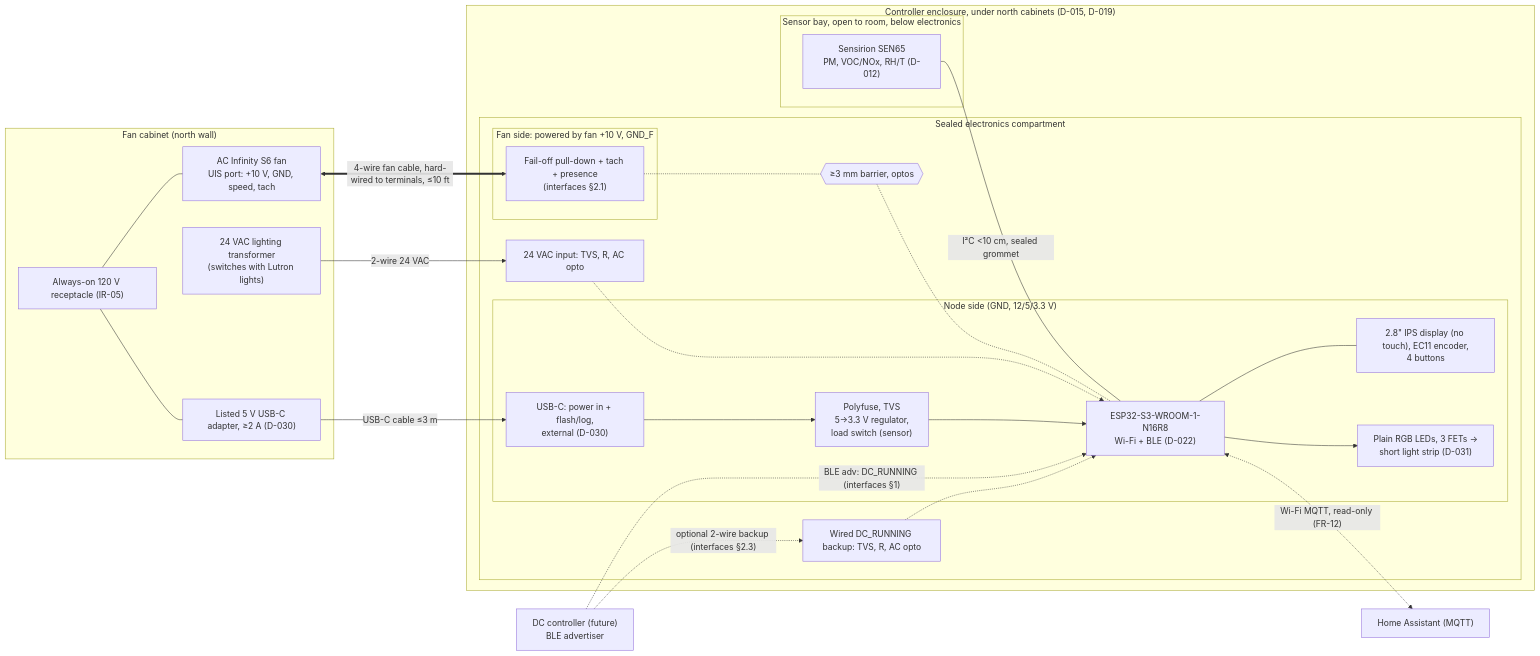
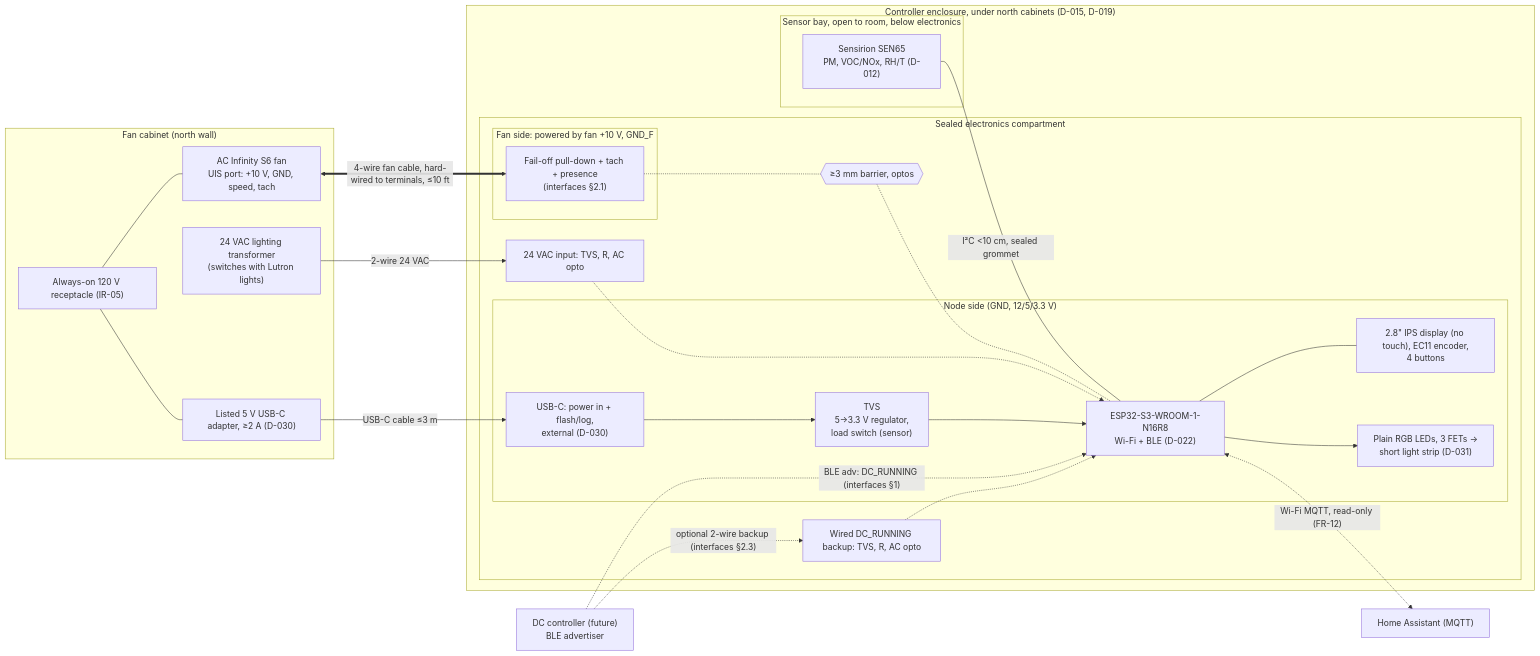
One commit to metcalf/shop-exhaust-control changed the diagram in docs/architecture.md. Above: the diagram before and after it, drawn with Mermaid. The commit also changed 17 other files, not shown here.

````diff
--- a/docs/architecture.md
+++ b/docs/architecture.md
@@ -9,46 +9,46 @@
 ```mermaid
 flowchart LR
   subgraph CAB["Fan cabinet (north wall)"]
     REC["Always-on 120 V receptacle (IR-05)"]
     S6["AC Infinity S6 fan<br/>UIS port: +10 V, GND, speed, tach"]
     XFMR["24 VAC lighting transformer<br/>(switches with Lutron lights)"]
     PSU["Listed 5 V USB-C adapter, ≥2 A (D-030)"]
     REC --- S6
     REC --- PSU
   end
 
   subgraph ENC["Controller enclosure, under north cabinets (D-015, D-019)"]
     subgraph EC["Sealed electronics compartment"]
       subgraph FS["Fan side: powered by fan +10 V, GND_F"]
         FAN_IF["Fail-off pull-down + tach + presence<br/>(interfaces §2.1)"]
       end
       BAR1{{"≥3 mm barrier, optos"}}
       subgraph NODE["Node side (GND, 12/5/3.3 V)"]
         MCU["ESP32-S3-WROOM-1-N16R8<br/>Wi-Fi + BLE (D-022)"]
-        PWR["Polyfuse, TVS<br/>5→3.3 V regulator,<br/>load switch (sensor)"]
+        PWR["TVS<br/>5→3.3 V regulator,<br/>load switch (sensor)"]
         PANEL["2.8&quot; IPS display (no touch), EC11 encoder,<br/>4 buttons"]
         LEDS["Plain RGB LEDs, 3 FETs →<br/>short light strip (D-031)"]
         USB["USB-C: power in + flash/log,<br/>external (D-030)"]
       end
       OCC_IF["24 VAC input: TVS, R, AC opto"]
       DC_IF["Wired DC_RUNNING backup: TVS, R, AC opto"]
     end
     subgraph BAY["Sensor bay, open to room, below electronics"]
       SEN["Sensirion SEN65<br/>PM, VOC/NOx, RH/T (D-012)"]
     end
   end
 
   DC["DC controller (future)<br/>BLE advertiser"]
   HA["Home Assistant (MQTT)"]
 
   S6 <== "4-wire fan cable, hard-wired to terminals, ≤10 ft" ==> FAN_IF
   FAN_IF -.- BAR1 -.- MCU
   XFMR -- "2-wire 24 VAC" --> OCC_IF -.-> MCU
   PSU -- "USB-C cable ≤3 m" --> USB --> PWR --> MCU
   SEN -- "I²C <10 cm, sealed grommet" --- MCU
   MCU --- PANEL
   MCU --> LEDS
   DC -. "BLE adv: DC_RUNNING (interfaces §1)" .-> MCU
   DC -. "optional 2-wire backup (interfaces §2.3)" .-> DC_IF -.-> MCU
   MCU <-. "Wi-Fi MQTT, read-only (FR-12)" .-> HA
 ```
````
